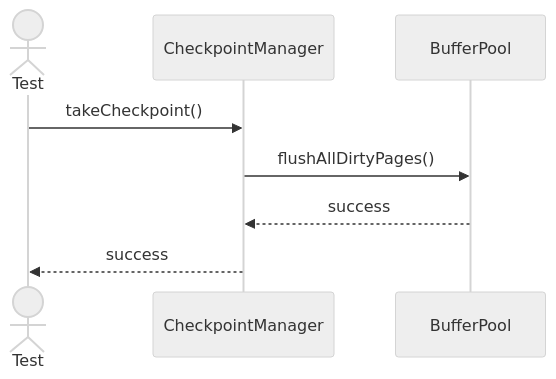
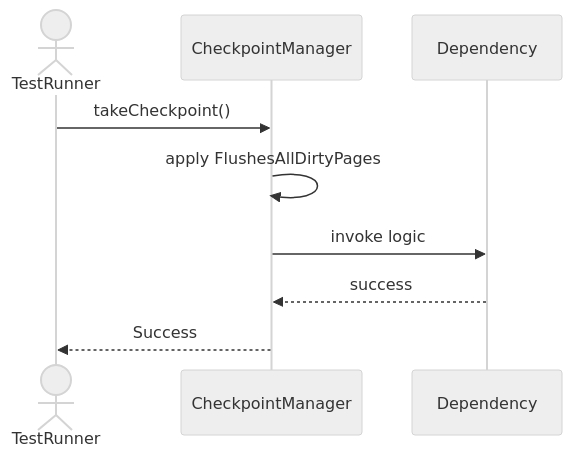
One commit to TamBui1706/DBMS changed the first of 5 diagrams in Sequences/BackupDurability/CheckpointManager.md. Above: the diagram before and after it, drawn with Mermaid (neutral theme). The commit also changed other lines of this file and 63 other files, not shown here.

Commit message:
Draw sequence diagram for unit tests

````diff
--- a/Sequences/BackupDurability/CheckpointManager.md
+++ b/Sequences/BackupDurability/CheckpointManager.md
@@ -14,11 +17,10 @@
 ```mermaid
 sequenceDiagram
-    actor Test
+    actor TestRunner
     participant CheckpointManager
-    participant BufferPool
-
-    Test->>CheckpointManager: takeCheckpoint()
-    CheckpointManager->>BufferPool: flushAllDirtyPages()
-    BufferPool-->>CheckpointManager: success
-    CheckpointManager-->>Test: success
+    TestRunner->>CheckpointManager: takeCheckpoint()
+    CheckpointManager->>CheckpointManager: apply FlushesAllDirtyPages
+    CheckpointManager->>Dependency: invoke logic
+    Dependency-->>CheckpointManager: success
+    CheckpointManager-->>TestRunner: Success
 ```
````
